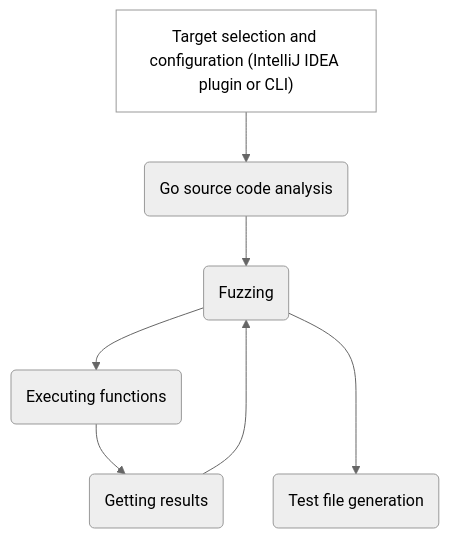
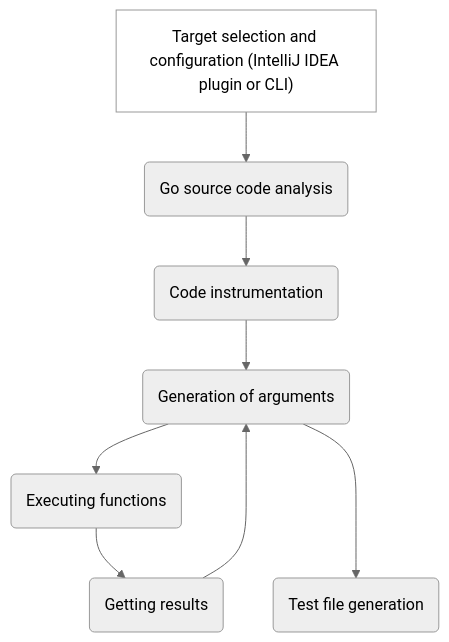
Before and after one commit to UnitTestBot/UTBotJava: the diagram in utbot-go/docs/DEVELOPER_GUIDE.md, drawn with Mermaid (neutral theme). The commit also changed other lines of this file and 1 other file, not shown here.

````diff
--- a/utbot-go/docs/DEVELOPER_GUIDE.md
+++ b/utbot-go/docs/DEVELOPER_GUIDE.md
@@ -7,11 +7,12 @@
 ```mermaid
 flowchart TB
     A["Target selection and configuration (IntelliJ IDEA plugin or CLI)"]:::someclass --> B(Go source code analysis)
     classDef someclass fill:#b810
 
-    B --> C(Fuzzing)
-    C --> D(Executing functions)
-    D --> E(Getting results)
-    E --> C
-    C ---> F(Test file generation)
+    B --> C(Code instrumentation)
+    C --> D(Generation of arguments)
+    D --> E(Executing functions)
+    E --> F(Getting results)
+    F --> D
+    D ---> G(Test file generation)
 ```
````
